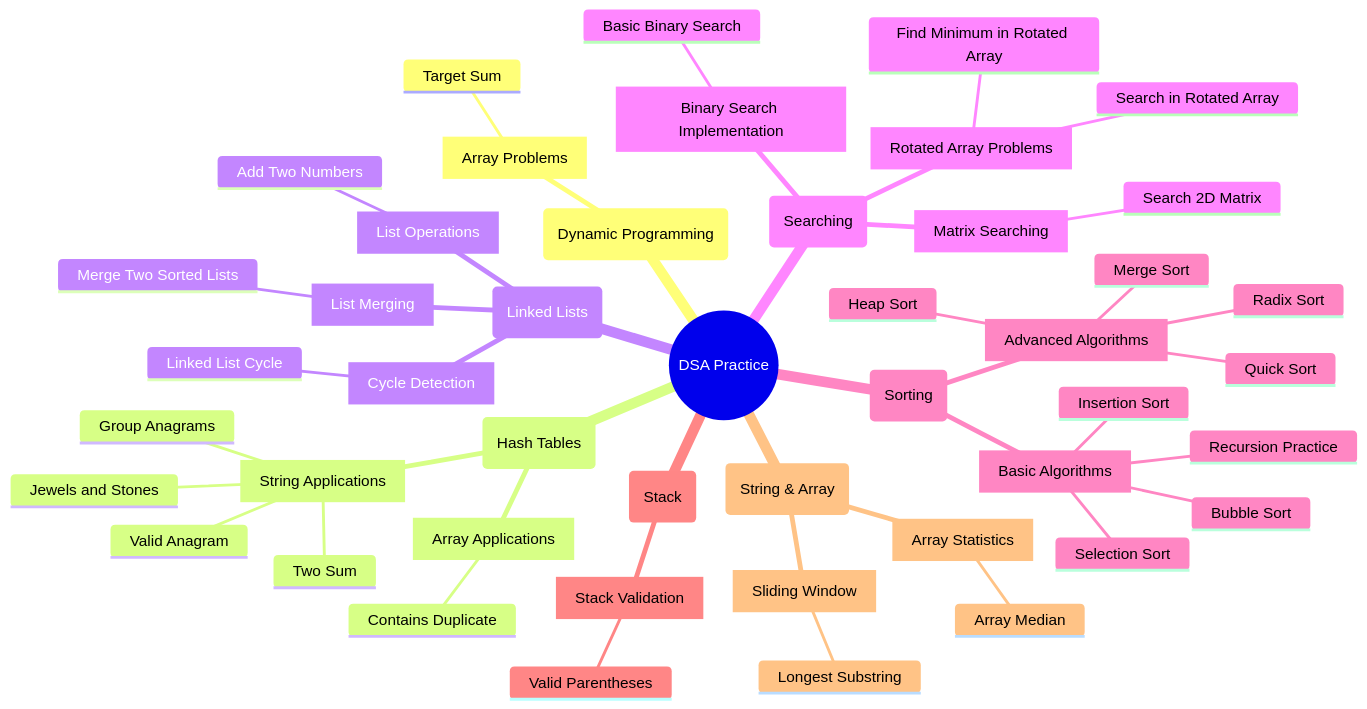
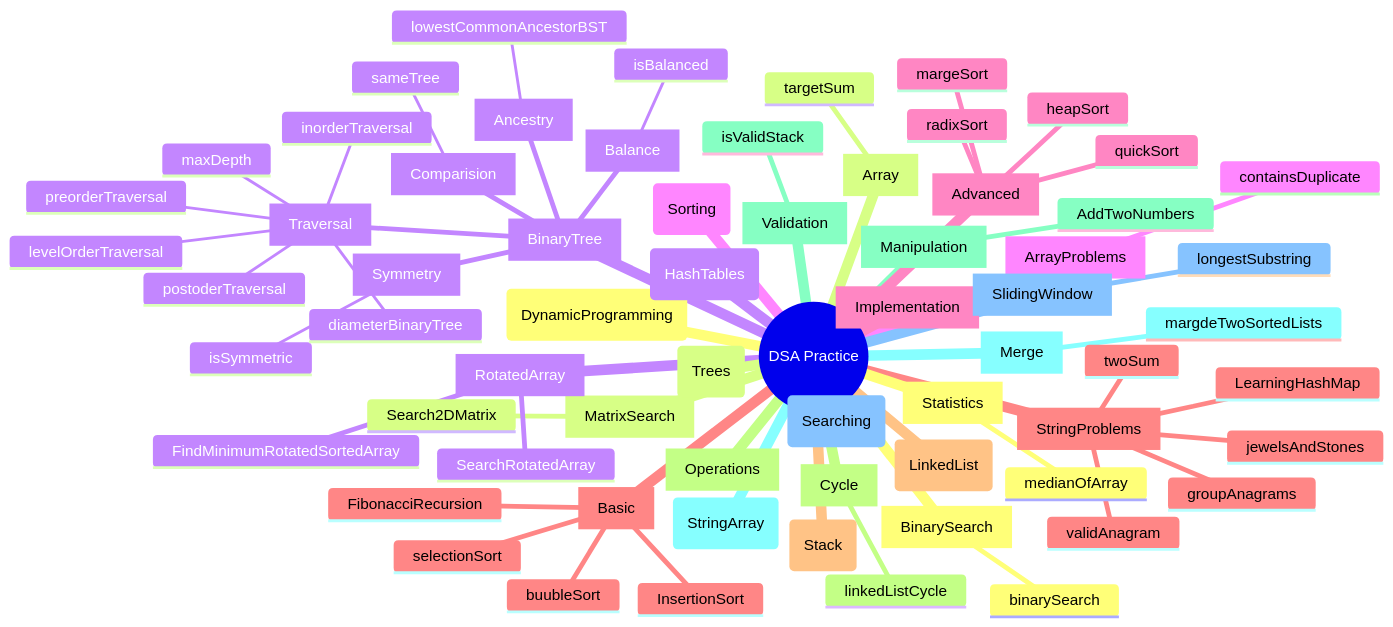
Before and after one commit to Emilio-Ramirez/AlgorithmIntro: the diagram in README.md, drawn with Mermaid. The commit also changed other lines of this file and 1 other file, not shown here.

Commit message:
Lowest Common Ancestor BST

````diff
--- a/README.md
+++ b/README.md
@@ -5,49 +5,69 @@
 ```mermaid
 mindmap
 root((DSA Practice))
-  (Dynamic Programming)
-    [Array Problems]
-      Target Sum
-  (Hash Tables)
-    [Array Applications]
-      Contains Duplicate
-    [String Applications]
-      Group Anagrams
-      Jewels and Stones
-      Two Sum
-      Valid Anagram
-  (Linked Lists)
-    [Cycle Detection]
-      Linked List Cycle
-    [List Operations]
-      Add Two Numbers
-    [List Merging]
-      Merge Two Sorted Lists
+  (DynamicProgramming)
+  [Array]
+    targetSum
+  (HashTables)
+  [ArrayProblems]
+    containsDuplicate
+  [Implementation]
+  [StringProblems]
+    LearningHashMap
+    groupAnagrams
+    jewelsAndStones
+    twoSum
+    validAnagram
+  (LinkedList)
+  [Cycle]
+    linkedListCycle
+  [Manipulation]
+    AddTwoNumbers
+  [Merge]
+    margdeTwoSortedLists
   (Searching)
-    [Binary Search Implementation]
-      Basic Binary Search
-    [Matrix Searching]
-      Search 2D Matrix
-    [Rotated Array Problems]
-      Find Minimum in Rotated Array
-      Search in Rotated Array
+  [BinarySearch]
+    binarySearch
+  [MatrixSearch]
+    Search2DMatrix
+  [RotatedArray]
+    FindMinimumRotatedSortedArray
+    SearchRotatedArray
   (Sorting)
-    [Advanced Algorithms]
-      Heap Sort
-      Merge Sort
-      Quick Sort
-      Radix Sort
-    [Basic Algorithms]
-      Bubble Sort
-      Insertion Sort
-      Selection Sort
-      Recursion Practice
+  [Advanced]
+    heapSort
+    margeSort
+    quickSort
+    radixSort
+  [Basic]
+    FibonacciRecursion
+    InsertionSort
+    buubleSort
+    selectionSort
   (Stack)
-    [Stack Validation]
-      Valid Parentheses
-  (String & Array)
-    [Sliding Window]
-      Longest Substring
-    [Array Statistics]
-      Array Median
+  [Operations]
+  [Validation]
+    isValidStack
+  (StringArray)
+  [SlidingWindow]
+    longestSubstring
+  [Statistics]
+    medianOfArray
+  (Trees)
+  [BinaryTree]
+    [Ancestry]
+      lowestCommonAncestorBST
+    [Balance]
+      isBalanced
+    [Comparision]
+      sameTree
+    [Symmetry]
+      isSymmetric
+    [Traversal]
+      diameterBinaryTree
+      inorderTraversal
+      levelOrderTraversal
+      maxDepth
+      postoderTraversal
+      preorderTraversal
 ```
````
